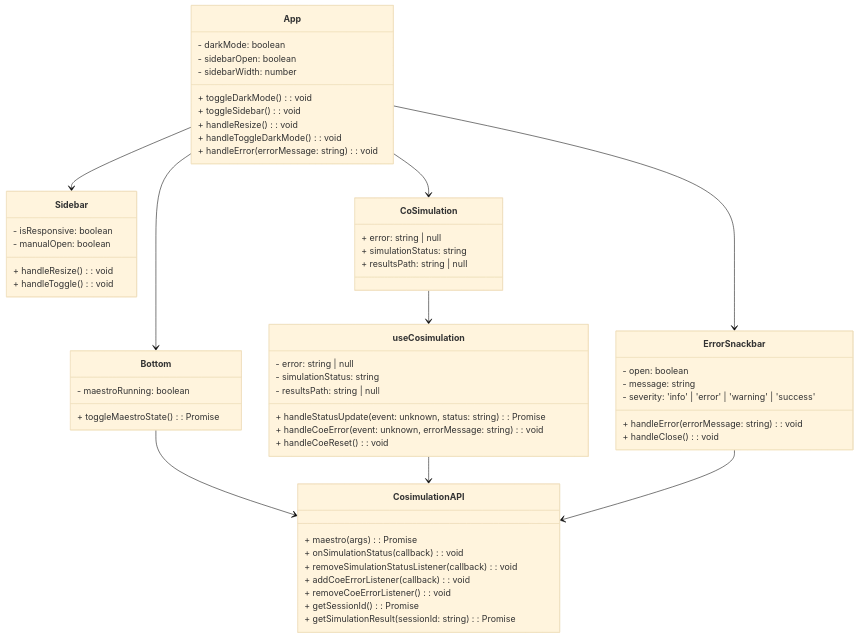
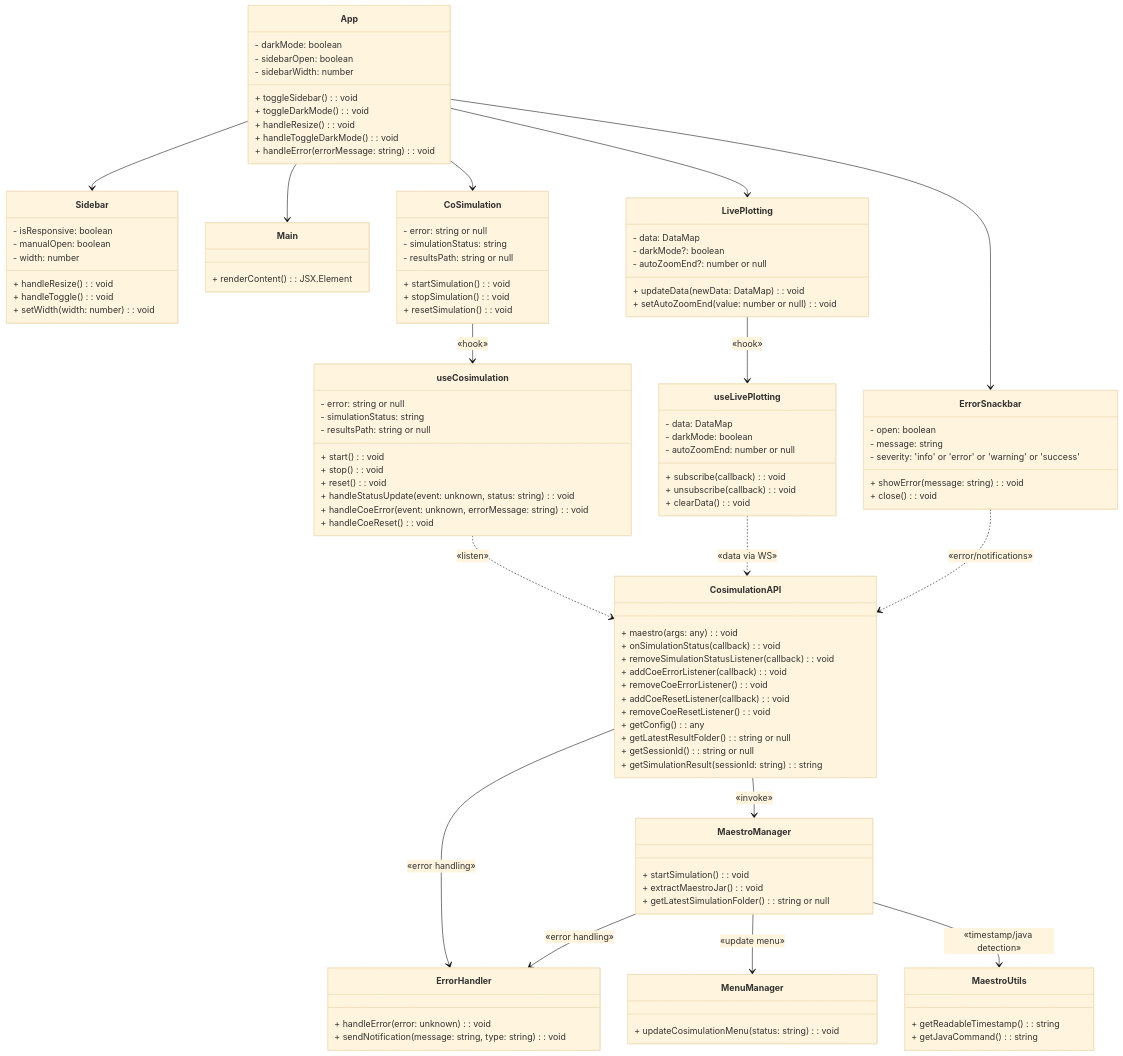
The first of 7 diagrams in docs/APPLICATION LAYERS.md (INTO-CPS-Association/into-cps-application), drawn with Mermaid (base theme) before and after one commit. The commit also changed other lines of this file and 2 other files, not shown here.

Commit message:
Changes for APPLICATION LAYER: - Changed React App description - New package diagram - Changed all diagrams in the documentation - Modified descriptions in multiple sections, aligning the documentation to new updates

````diff
--- a/docs/APPLICATION LAYERS.md
+++ b/docs/APPLICATION LAYERS.md
@@ -92,8 +92,8 @@
         - darkMode: boolean
         - sidebarOpen: boolean
         - sidebarWidth: number
+        + toggleSidebar(): void
         + toggleDarkMode(): void
-        + toggleSidebar(): void
         + handleResize(): void
         + handleToggleDarkMode(): void
         + handleError(errorMessage: string): void
@@ -102,54 +102,112 @@
     class Sidebar {
         - isResponsive: boolean
         - manualOpen: boolean
+        - width: number
         + handleResize(): void
         + handleToggle(): void
+        + setWidth(width: number): void
     }
 
-    class Bottom {
-        - maestroRunning: boolean
-        + toggleMaestroState(): Promise<void>
+    class Main {
+        + renderContent(): JSX.Element
+    }
+
+    class CoSimulation {
+        - error: string or null
+        - simulationStatus: string
+        - resultsPath: string or null
+        + startSimulation(): void
+        + stopSimulation(): void
+        + resetSimulation(): void
     }
 
     class ErrorSnackbar {
         - open: boolean
         - message: string
-        - severity: 'info' | 'error' | 'warning' | 'success'
-        + handleError(errorMessage: string): void
-        + handleClose(): void
+        - severity: 'info' or 'error' or 'warning' or 'success'
+        + showError(message: string): void
+        + close(): void
     }
 
-    class CoSimulation {
-        + error: string | null
-        + simulationStatus: string
-        + resultsPath: string | null
+    class LivePlotting {
+        - data: DataMap
+        - darkMode?: boolean
+        - autoZoomEnd?: number or null
+        + updateData(newData: DataMap): void
+        + setAutoZoomEnd(value: number or null): void
     }
 
     class useCosimulation {
-        - error: string | null
+        - error: string or null
         - simulationStatus: string
-        - resultsPath: string | null
-        + handleStatusUpdate(event: unknown, status: string): Promise<void>
+        - resultsPath: string or null
+        + start(): void
+        + stop(): void
+        + reset(): void
+        + handleStatusUpdate(event: unknown, status: string): void
         + handleCoeError(event: unknown, errorMessage: string): void
         + handleCoeReset(): void
     }
 
+    class useLivePlotting {
+        - data: DataMap
+        - darkMode: boolean
+        - autoZoomEnd: number or null
+        + subscribe(callback): void
+        + unsubscribe(callback): void
+        + clearData(): void
+    }
+
     class CosimulationAPI {
-        + maestro(args): Promise<void>
+        + maestro(args: any): void
         + onSimulationStatus(callback): void
         + removeSimulationStatusListener(callback): void
         + addCoeErrorListener(callback): void
         + removeCoeErrorListener(): void
-        + getSessionId(): Promise<string | null>
-        + getSimulationResult(sessionId: string): Promise<string>
+        + addCoeResetListener(callback): void
+        + removeCoeResetListener(): void
+        + getConfig(): any
+        + getLatestResultFolder(): string or null
+        + getSessionId(): string or null
+        + getSimulationResult(sessionId: string): string
+    }
+
+    class MaestroManager {
+        + startSimulation(): void
+        + extractMaestroJar(): void
+        + getLatestSimulationFolder(): string or null
+    }
+
+    class MenuManager {
+        + updateCosimulationMenu(status: string): void
+    }
+
+    class MaestroUtils {
+        + getReadableTimestamp(): string
+        + getJavaCommand(): string
+    }
+
+    class ErrorHandler {
+        + handleError(error: unknown): void
+        + sendNotification(message: string, type: string): void
     }
 
     App --> Sidebar
-    App --> Bottom
+    App --> Main
+    App --> CoSimulation
+    App --> LivePlotting
     App --> ErrorSnackbar
-    App --> CoSimulation
-    CoSimulation --> useCosimulation
-    Bottom --> CosimulationAPI
-    useCosimulation --> CosimulationAPI
-    ErrorSnackbar --> CosimulationAPI
+
+    CoSimulation --> useCosimulation : «hook»
+    LivePlotting --> useLivePlotting : «hook»
+
+    useCosimulation ..> CosimulationAPI : «listen»
+    useLivePlotting ..> CosimulationAPI : «data via WS»
+    ErrorSnackbar ..> CosimulationAPI : «error/notifications»
+
+    CosimulationAPI --> MaestroManager : «invoke»
+    CosimulationAPI --> ErrorHandler : «error handling»
+    MaestroManager --> ErrorHandler : «error handling»
+    MaestroManager --> MenuManager : «update menu»
+    MaestroManager --> MaestroUtils : «timestamp/java detection»
 ```
````
